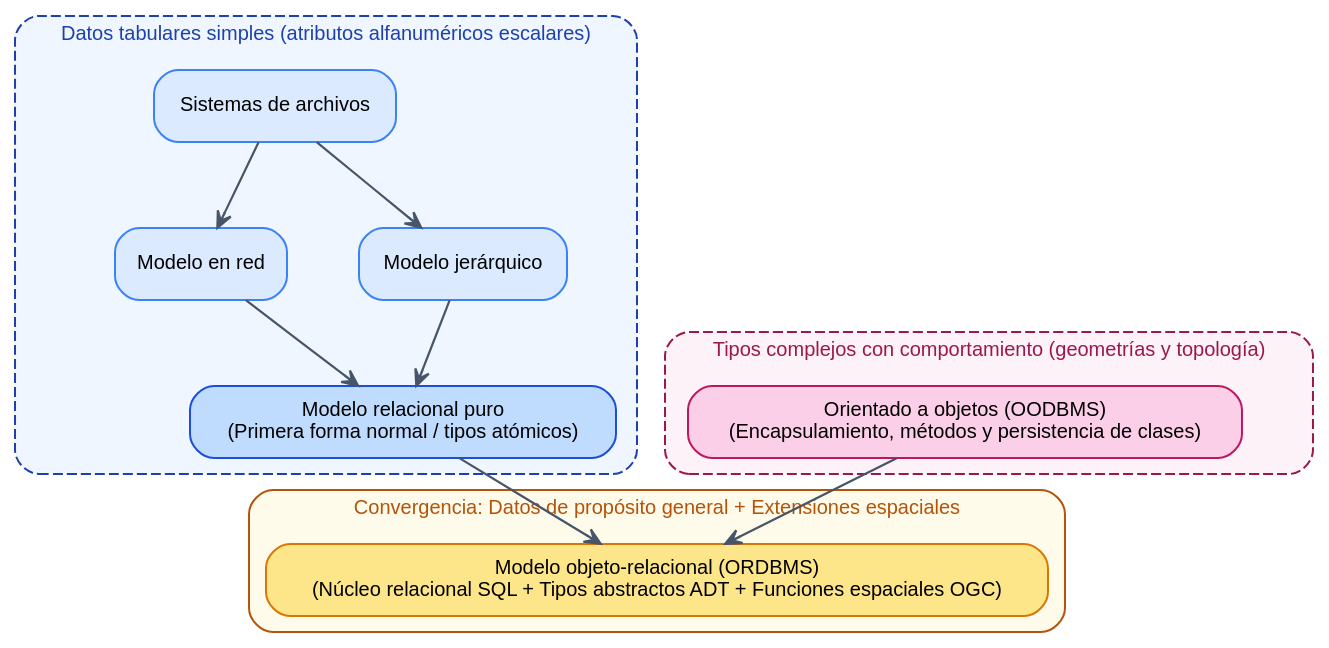
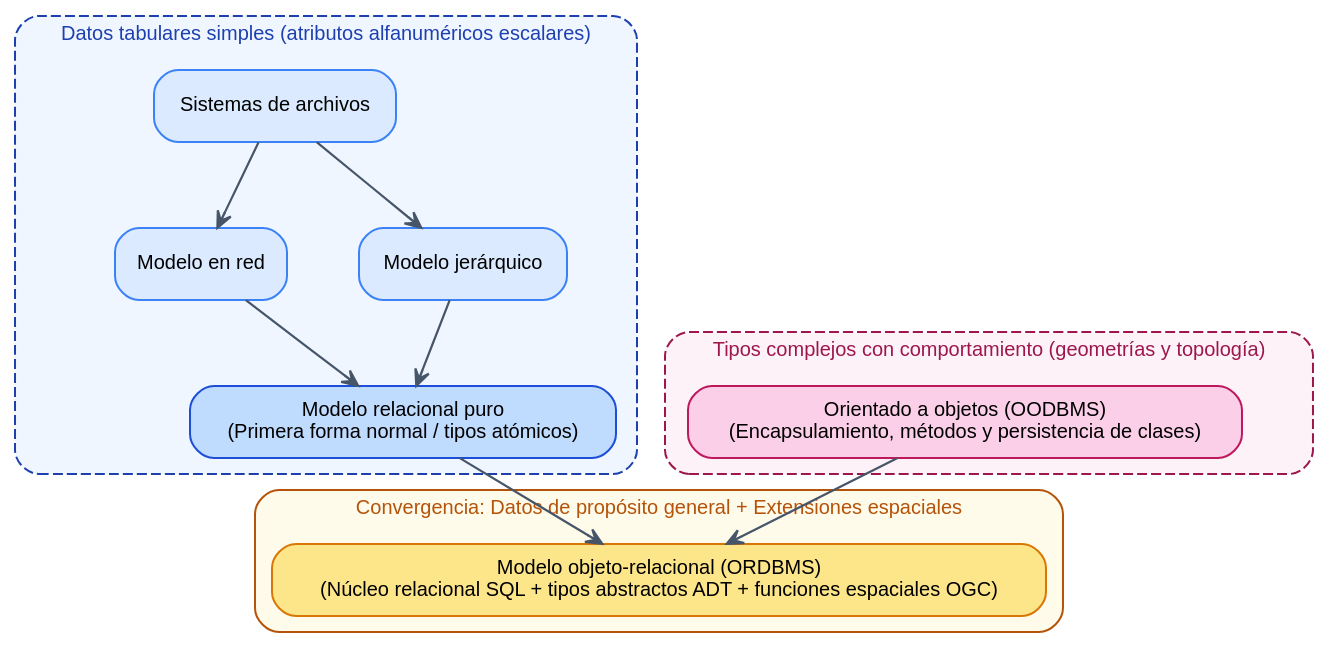
The fourth of 7 diagrams in chapters/20-arquitectura_y_estandares_ogc.qmd (Danesvv/BDE-nestor), drawn with Graphviz before and after one commit. The commit also changed other lines of this file and 85 other files, not shown here.

````diff
--- a/chapters/20-arquitectura_y_estandares_ogc.qmd
+++ b/chapters/20-arquitectura_y_estandares_ogc.qmd
@@ -530,59 +650,60 @@
 ```{dot}
 //| label: fig-tipos-datos-modelos
 //| fig-cap: "Convergencia de requerimientos de datos hacia el modelo objeto-relacional."
 //| fig-align: center
 //| fig-width: 6.5
 //| fig-height: 4
 //| echo: false
 
 digraph G {
     graph [rankdir=TB, bgcolor="transparent", nodesep=0.5, ranksep=0.6, fontname="Helvetica"];
     node [shape=box, style="filled,rounded", fontname="Helvetica", fontsize=10, penwidth=1.0];
     edge [color="#475569", arrowhead=vee, arrowsize=0.8, penwidth=1.1];
 
     subgraph cluster_simple {
         label = "Datos tabulares simples (atributos alfanuméricos escalares)";
         style = "dashed,rounded";
         color = "#1e40af";
         fontcolor = "#1e40af";
         fontsize = 10;
         bgcolor = "#eff6ff";
 
         FS [label="Sistemas de archivos", fillcolor="#dbeafe", color="#3b82f6"];
         Net [label="Modelo en red", fillcolor="#dbeafe", color="#3b82f6"];
         Hier [label="Modelo jerárquico", fillcolor="#dbeafe", color="#3b82f6"];
         Rel [label="Modelo relacional puro\n(Primera forma normal / tipos atómicos)", fillcolor="#bfdbfe", color="#1d4ed8"];
 
         FS -> Net;
         FS -> Hier;
         Net -> Rel;
         Hier -> Rel;
     }
 
     subgraph cluster_complex {
         label = "Tipos complejos con comportamiento (geometrías y topología)";
         style = "dashed,rounded";
         color = "#9d174d";
         fontcolor = "#9d174d";
         fontsize = 10;
         bgcolor = "#fdf2f8";
 
         OO [label="Orientado a objetos (OODBMS)\n(Encapsulamiento, métodos y persistencia de clases)", fillcolor="#fbcfe8", color="#be185d"];
     }
 
     subgraph cluster_or {
         label = "Convergencia: Datos de propósito general + Extensiones espaciales";
         style = "solid,rounded";
         color = "#b45309";
         fontcolor = "#b45309";
         fontsize = 10;
         bgcolor = "#fffbeb";
 
-        OR [label="Modelo objeto-relacional (ORDBMS)\n(Núcleo relacional SQL + Tipos abstractos ADT + Funciones espaciales OGC)", fillcolor="#fde68a", color="#d97706", width=4.5];
+        OR [label="Modelo objeto-relacional (ORDBMS)\n(Núcleo relacional SQL + tipos abstractos ADT + funciones espaciales OGC)", fillcolor="#fde68a", color="#d97706", width=4.5];
     }
 
     Rel -> OR;
     OO -> OR;
 }
 
+
 ```
````
